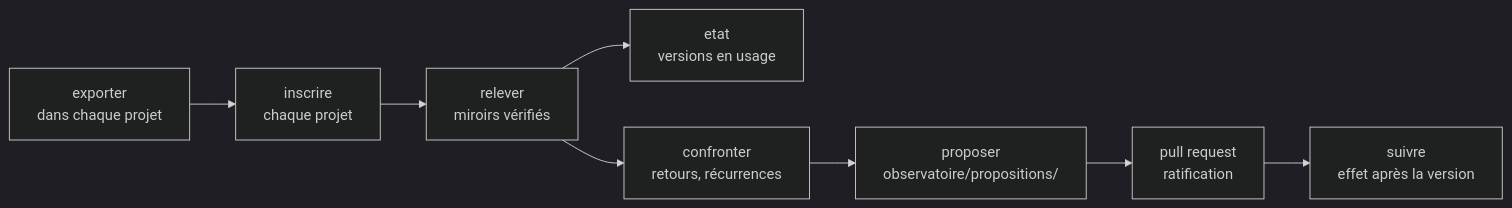
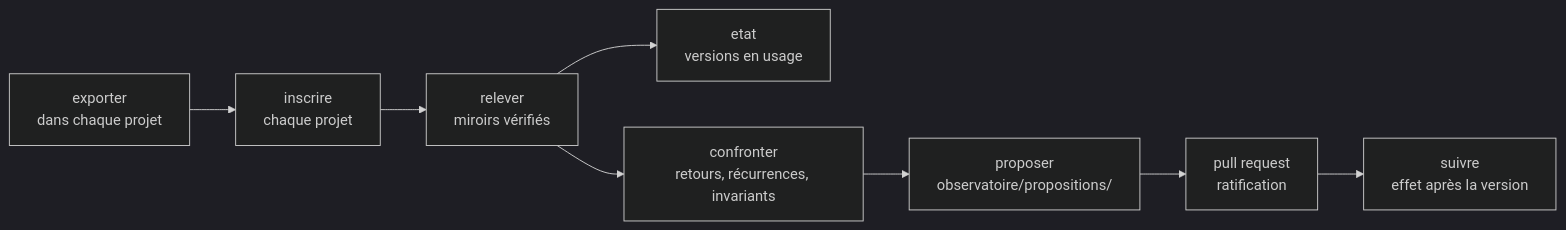
Before and after one commit to FredGarcia/Agent2Prompt: the diagram in docs/observatoire/mode-emploi.md, drawn with Mermaid (dark theme). The commit also changed other lines of this file and 49 other files, not shown here.

````diff
--- a/docs/observatoire/mode-emploi.md
+++ b/docs/observatoire/mode-emploi.md
@@ -5,10 +5,10 @@
 ```mermaid
 flowchart LR
   E["exporter<br/>dans chaque projet"] --> I["inscrire<br/>chaque projet"]
   I --> R["relever<br/>miroirs vérifiés"]
   R --> T["etat<br/>versions en usage"]
-  R --> C["confronter<br/>retours, récurrences"]
+  R --> C["confronter<br/>retours, récurrences, invariants"]
   C --> P["proposer<br/>observatoire/propositions/"]
   P --> PR["pull request<br/>ratification"]
   PR --> S["suivre<br/>effet après la version"]
 ```
````
